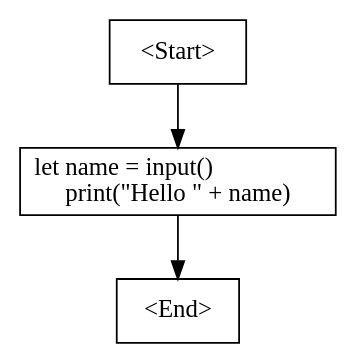
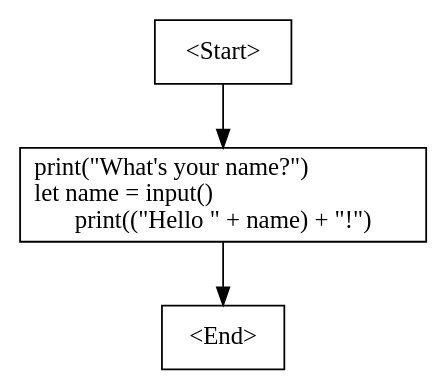
The diagram in src/epsilon.Compiler/bin/Debug/net9.0/cfg.dot (Sihuai2412/Epsilon), drawn with Graphviz before and after one commit. The commit also changed 54 other files, not shown here.

```diff
--- a/src/epsilon.Compiler/bin/Debug/net9.0/cfg.dot
+++ b/src/epsilon.Compiler/bin/Debug/net9.0/cfg.dot
@@ -1,7 +1,7 @@
 digraph G {
     N0 [label = "<Start>", shape = box]
-    N1 [label = "let name = input()\lprint(\"Hello \" + name)", shape = box]
+    N1 [label = "print(\"What's your name?\")\llet name = input()\lprint((\"Hello \" + name) + \"!\")", shape = box]
     N2 [label = "<End>", shape = box]
     N0 -> N1 [label = ""]
     N1 -> N2 [label = ""]
 }
```
